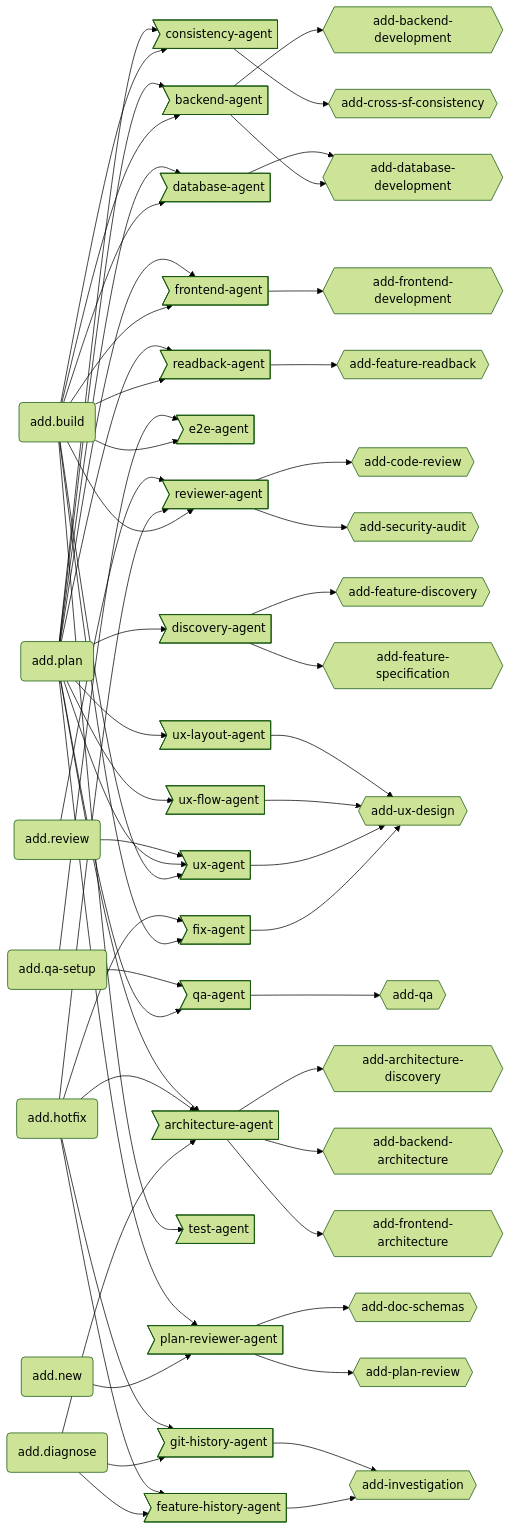
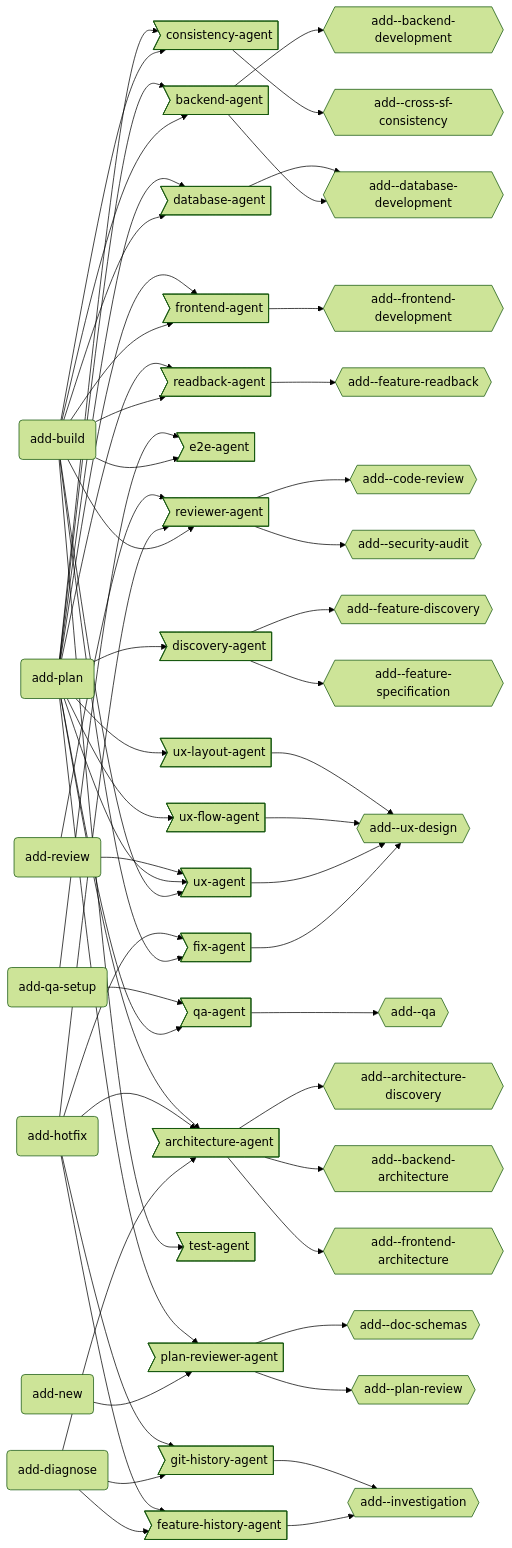
Before and after one commit to brabos-ai/code-addiction: the third of 3 diagrams in ecosystem.md, drawn with Mermaid (forest theme). The commit also changed other lines of this file and 381 other files, not shown here.

````diff
--- a/ecosystem.md
+++ b/ecosystem.md
@@ -94,72 +94,72 @@
 ```mermaid
 graph LR
-  BUILD(add.build)
-  DIAGNOSE(add.diagnose)
-  HOTFIX(add.hotfix)
-  NEW(add.new)
-  PLAN(add.plan)
-  QASETUP(add.qa-setup)
-  REVIEW(add.review)
+  BUILD(add-build)
+  DIAGNOSE(add-diagnose)
+  HOTFIX(add-hotfix)
+  NEW(add-new)
+  PLAN(add-plan)
+  QASETUP(add-qa-setup)
+  REVIEW(add-review)
 
   ARA>architecture-agent]
   BAA>backend-agent]
   CSA>consistency-agent]
   DAA>database-agent]
   DIA>discovery-agent]
   E2A>e2e-agent]
   FEHIA>feature-history-agent]
   FIA>fix-agent]
   FRA>frontend-agent]
   GIHIA>git-history-agent]
   PRA>plan-reviewer-agent]
   QAA>qa-agent]
   REA>reviewer-agent]
   RBA>readback-agent]
   TEA>test-agent]
   UXA>ux-agent]
   UXFLA>ux-flow-agent]
   UXLAA>ux-layout-agent]
 
-  ARDI{{add-architecture-discovery}}
-  BAAR{{add-backend-architecture}}
-  BADE{{add-backend-development}}
-  CORE{{add-code-review}}
-  CSC{{add-cross-sf-consistency}}
-  DADE{{add-database-development}}
-  DOSC{{add-doc-schemas}}
-  FEDI{{add-feature-discovery}}
-  FERB{{add-feature-readback}}
-  FESP{{add-feature-specification}}
-  FRAR{{add-frontend-architecture}}
-  FRDE{{add-frontend-development}}
-  IN{{add-investigation}}
-  PRV{{add-plan-review}}
-  QA{{add-qa}}
-  SEAU{{add-security-audit}}
-  UXDE{{add-ux-design}}
+  ARDI{{add--architecture-discovery}}
+  BAAR{{add--backend-architecture}}
+  BADE{{add--backend-development}}
+  CORE{{add--code-review}}
+  CSC{{add--cross-sf-consistency}}
+  DADE{{add--database-development}}
+  DOSC{{add--doc-schemas}}
+  FEDI{{add--feature-discovery}}
+  FERB{{add--feature-readback}}
+  FESP{{add--feature-specification}}
+  FRAR{{add--frontend-architecture}}
+  FRDE{{add--frontend-development}}
+  IN{{add--investigation}}
+  PRV{{add--plan-review}}
+  QA{{add--qa}}
+  SEAU{{add--security-audit}}
+  UXDE{{add--ux-design}}
 
   BUILD --> BAA & CSA & DAA & E2A & FIA & FRA & RBA & REA & TEA & UXA
   DIAGNOSE --> ARA & FEHIA & GIHIA
   HOTFIX --> ARA & FEHIA & FIA & GIHIA & REA
   NEW --> PRA
   PLAN --> ARA & BAA & CSA & DAA & DIA & FRA & PRA & QAA & RBA & UXA & UXFLA & UXLAA
   QASETUP --> E2A & QAA
   REVIEW --> REA & UXA
 
   ARA --> ARDI & BAAR & FRAR
   BAA --> BADE & DADE
   CSA --> CSC
   DAA --> DADE
   DIA --> FEDI & FESP
   FEHIA --> IN
   FIA --> UXDE
   FRA --> FRDE
   GIHIA --> IN
   PRA --> DOSC & PRV
   QAA --> QA
   REA --> CORE & SEAU
   RBA --> FERB
   UXA --> UXDE
   UXFLA --> UXDE
   UXLAA --> UXDE
 ```
````
